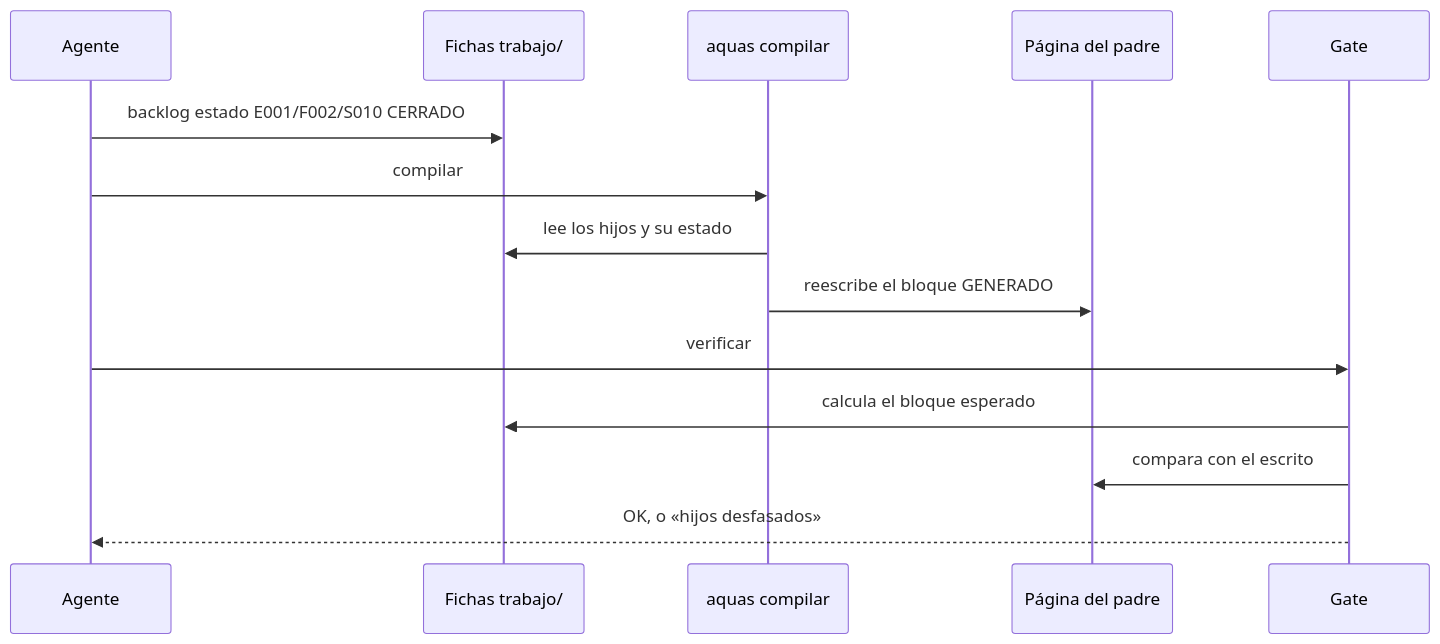
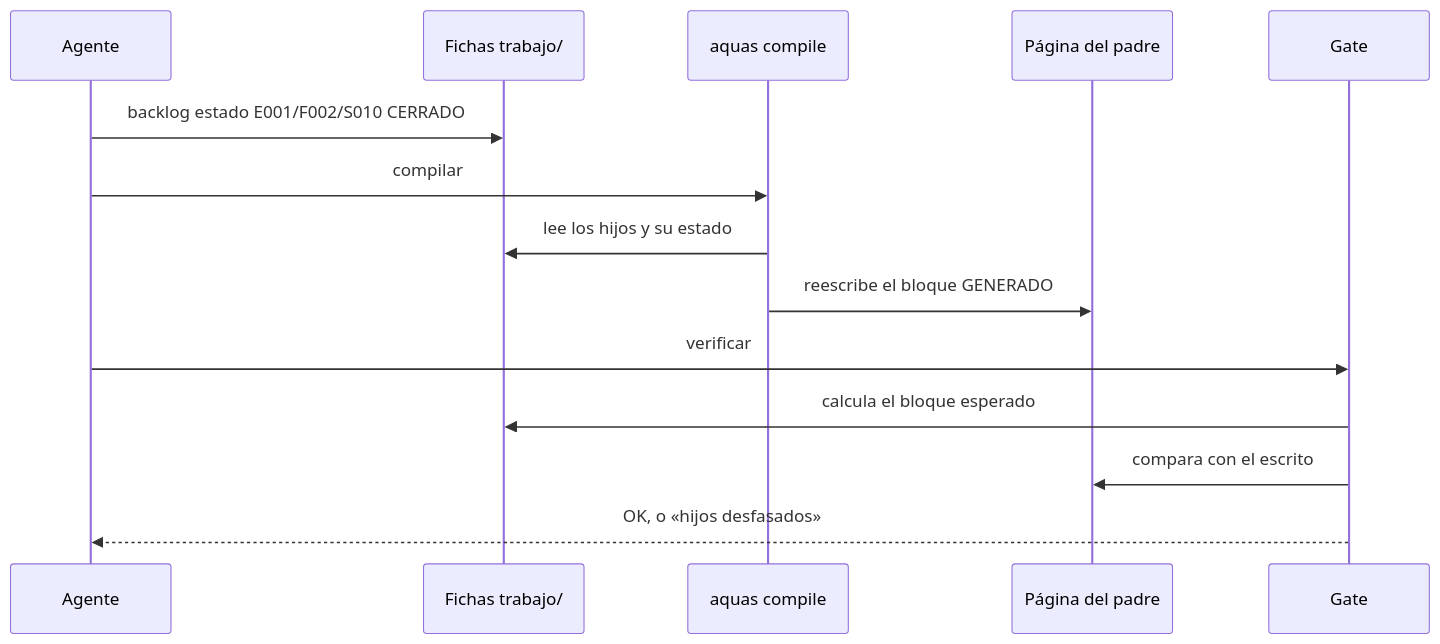
One commit to jliberal-aquas/aquas-central-harness-government changed the diagram in docs/E001/F002/S010.md. Above: the diagram before and after it, drawn with Mermaid. The commit also changed other lines of this file and 184 other files, not shown here.

````diff
--- a/docs/E001/F002/S010.md
+++ b/docs/E001/F002/S010.md
@@ -41,16 +41,16 @@
 ```mermaid
 sequenceDiagram
     participant A as Agente
     participant F as Fichas trabajo/
-    participant K as aquas compilar
+    participant K as aquas compile
     participant P as Página del padre
     participant G as Gate
     A->>F: backlog estado E001/F002/S010 CERRADO
     A->>K: compilar
     K->>F: lee los hijos y su estado
     K->>P: reescribe el bloque GENERADO
     A->>G: verificar
     G->>F: calcula el bloque esperado
     G->>P: compara con el escrito
     G-->>A: OK, o «hijos desfasados»
 ```
````
